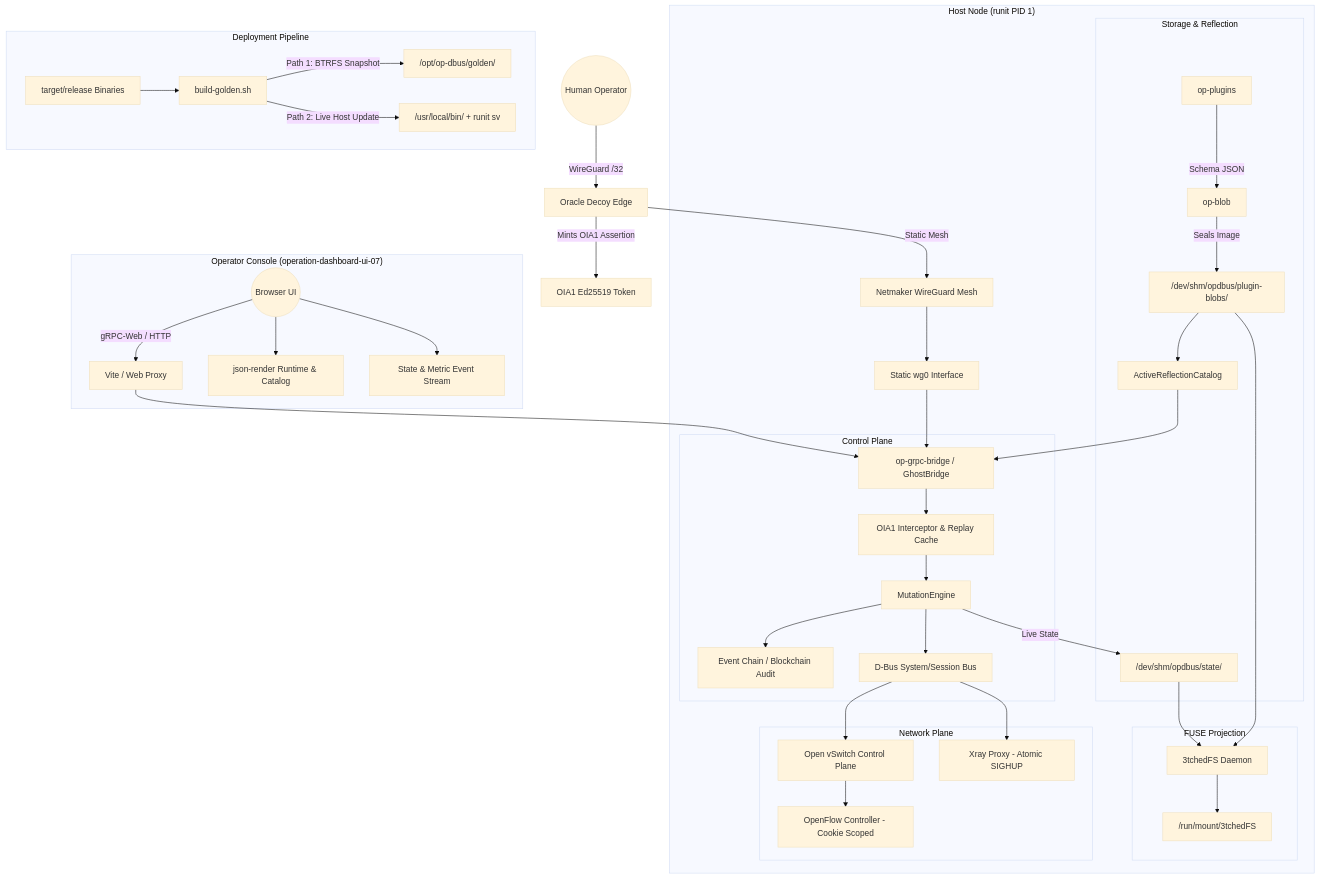
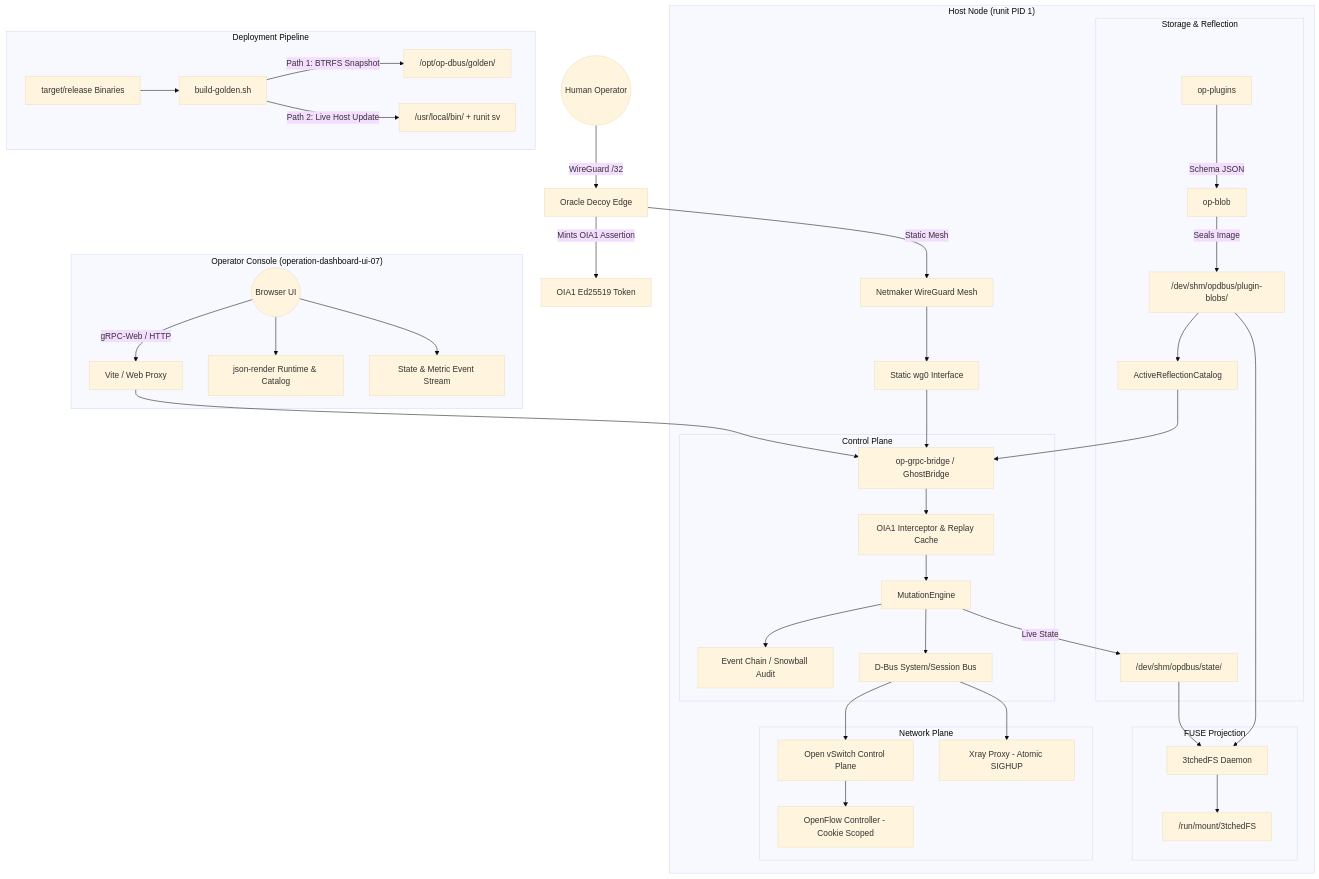
The diagram in docs/architecture/zen-review-2026-08-23/architecture.md (repr0bated/operation-dbus-proto), drawn with Mermaid (base theme) before and after one commit. The commit also changed other lines of this file and 357 other files, not shown here.

First line of the commit message:
docs: finish op-blockchain -> op-snowball rename sweep

````diff
--- a/docs/architecture/zen-review-2026-08-23/architecture.md
+++ b/docs/architecture/zen-review-2026-08-23/architecture.md
@@ -22,51 +22,51 @@
 ```mermaid
 graph TD
     Client((Human Operator)) -->|WireGuard /32| Decoy[Oracle Decoy Edge]
     Decoy -->|Mints OIA1 Assertion| Token[OIA1 Ed25519 Token]
     Decoy -->|Static Mesh| Netmaker[Netmaker WireGuard Mesh]
     
     subgraph Host ["Host Node (runit PID 1)"]
         Netmaker --> HostInterface[Static wg0 Interface]
         HostInterface --> GrpcBridge[op-grpc-bridge / GhostBridge]
         
         subgraph Control Plane
             GrpcBridge --> Interceptor[OIA1 Interceptor & Replay Cache]
             Interceptor --> MutationEng[MutationEngine]
-            MutationEng --> EventChain[Event Chain / Blockchain Audit]
+            MutationEng --> EventChain[Event Chain / Snowball Audit]
             MutationEng --> DbusAuthority[D-Bus System/Session Bus]
         end
         
         subgraph Storage & Reflection
             PluginSys[op-plugins] -->|Schema JSON| BlobSys[op-blob]
             BlobSys -->|Seals Image| SHM["/dev/shm/opdbus/plugin-blobs/"]
             MutationEng -->|Live State| SHMState["/dev/shm/opdbus/state/"]
             SHM --> DynamicReflect[ActiveReflectionCatalog]
             DynamicReflect --> GrpcBridge
         end
 
         subgraph FUSE Projection
             SHM --> ThreeTched[3tchedFS Daemon]
             SHMState --> ThreeTched
             ThreeTched --> MountPoint["/run/mount/3tchedFS"]
         end
 
         subgraph Network Plane
             DbusAuthority --> OVS[Open vSwitch Control Plane]
             OVS --> OpenFlow[OpenFlow Controller - Cookie Scoped]
             DbusAuthority --> XrayDaemon[Xray Proxy - Atomic SIGHUP]
         end
     end
     
     subgraph Deployment Pipeline
         ReleaseBuild["target/release Binaries"] --> GoldenScript[build-golden.sh]
         GoldenScript -->|Path 1: BTRFS Snapshot| GoldenSubvol["/opt/op-dbus/golden/"]
         GoldenScript -->|Path 2: Live Host Update| LiveInstall["/usr/local/bin/ + runit sv"]
     end
     
     subgraph UI ["Operator Console (operation-dashboard-ui-07)"]
         Browser((Browser UI)) -->|gRPC-Web / HTTP| ViteProxy[Vite / Web Proxy]
         ViteProxy --> GrpcBridge
         Browser --> JsonRender[json-render Runtime & Catalog]
         Browser --> EventStream[State & Metric Event Stream]
     end
 ```
````
